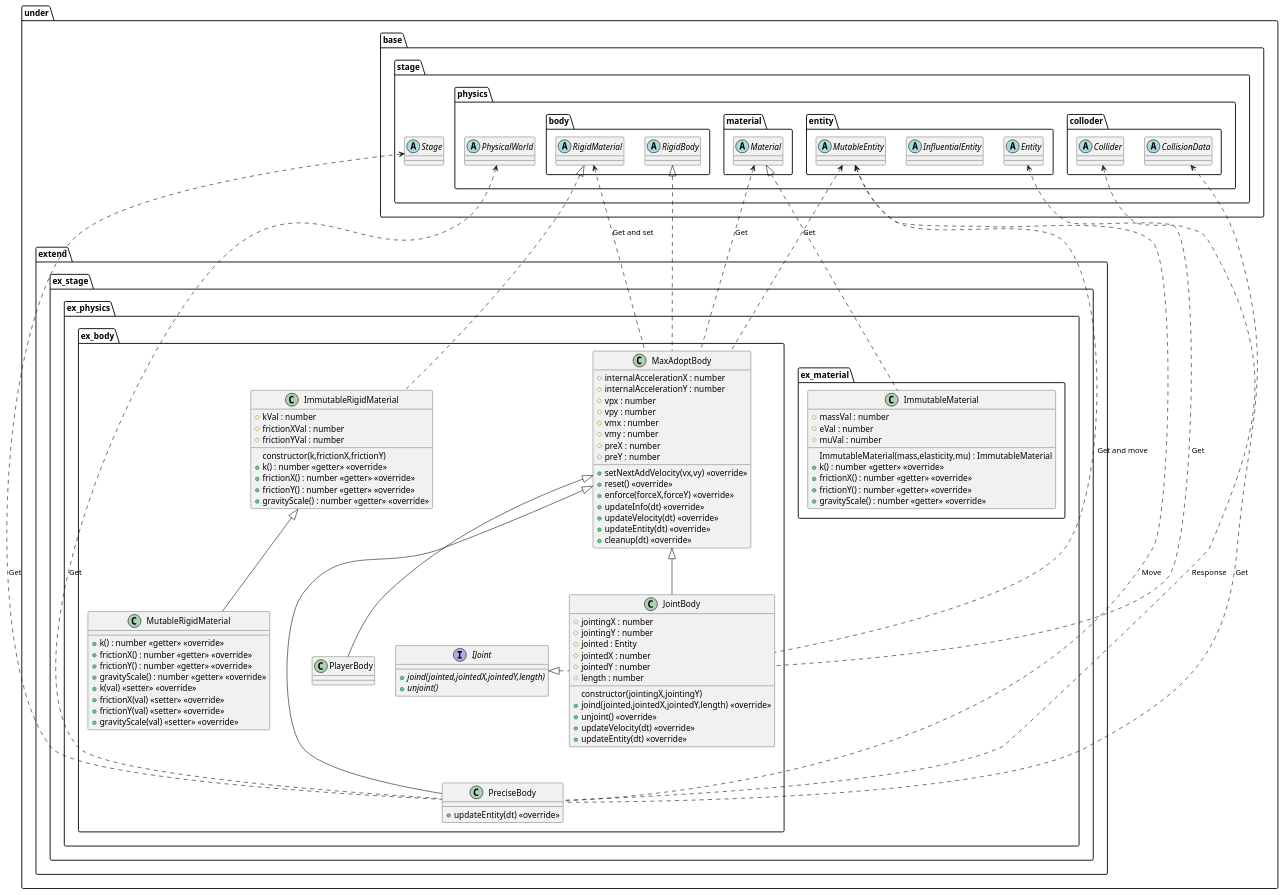
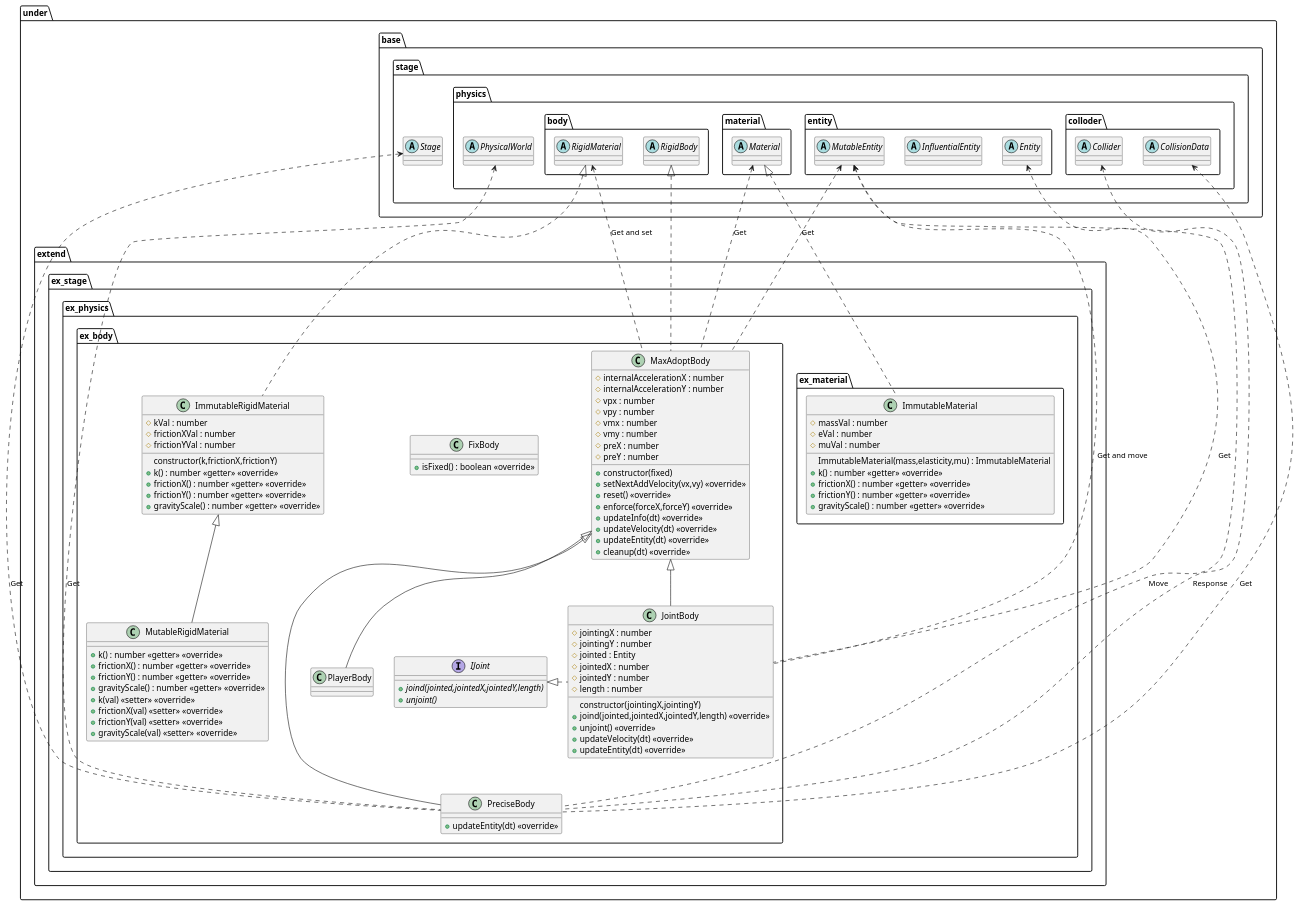
The diagram in uml/entity/physical/Extend.wsd (Expine/Under), drawn with PlantUML before and after one commit. The commit also changed 37 other files, not shown here.

```diff
--- a/uml/entity/physical/Extend.wsd
+++ b/uml/entity/physical/Extend.wsd
@@ -1,135 +1,139 @@
 @startuml PhysicalExtend
 
 package under {
     package extend {
         package ex_stage {
             package ex_physics {
                 package ex_body {
                     class MaxAdoptBody {
+                        +constructor(fixed)
                         #internalAccelerationX : number
                         #internalAccelerationY : number
                         #vpx : number
                         #vpy : number
                         #vmx : number
                         #vmy : number
                         #preX : number
                         #preY : number
                         +setNextAddVelocity(vx,vy) <<override>>
                         +reset() <<override>>
                         +enforce(forceX,forceY) <<override>>
                         +updateInfo(dt) <<override>>
                         +updateVelocity(dt) <<override>>
                         +updateEntity(dt) <<override>>
                         +cleanup(dt) <<override>>
                     }
                     class PreciseBody {
                         +updateEntity(dt) <<override>>
+                    }
+                    class FixBody {
+                        +isFixed() : boolean <<override>>
                     }
                     class PlayerBody
                     interface IJoint {
                         {abstract} +joind(jointed,jointedX,jointedY,length)
                         {abstract} +unjoint()
                     }
                     class JointBody {
                         constructor(jointingX,jointingY)
                         #jointingX : number
                         #jointingY : number
                         #jointed : Entity
                         #jointedX : number
                         #jointedY : number
                         #length : number
                         +joind(jointed,jointedX,jointedY,length) <<override>>
                         +unjoint() <<override>>
                         +updateVelocity(dt) <<override>>
                         +updateEntity(dt) <<override>>
                     }
                     class ImmutableRigidMaterial {
                         constructor(k,frictionX,frictionY)
                         #kVal : number
                         #frictionXVal : number
                         #frictionYVal : number
                         +k() : number <<getter>> <<override>>
                         +frictionX() : number <<getter>> <<override>>
                         +frictionY() : number <<getter>> <<override>>
                         +gravityScale() : number <<getter>> <<override>>
                     }
                     class MutableRigidMaterial {
                         +k() : number <<getter>> <<override>>
                         +frictionX() : number <<getter>> <<override>>
                         +frictionY() : number <<getter>> <<override>>
                         +gravityScale() : number <<getter>> <<override>>
                         +k(val) <<setter>> <<override>>
                         +frictionX(val) <<setter>> <<override>>
                         +frictionY(val) <<setter>> <<override>>
                         +gravityScale(val) <<setter>> <<override>>
                     }
                 }
 
                 package ex_material {
                     class ImmutableMaterial  {
                         ImmutableMaterial(mass,elasticity,mu) : ImmutableMaterial
                         #massVal : number
                         #eVal : number
                         #muVal : number
                         +k() : number <<getter>> <<override>>
                         +frictionX() : number <<getter>> <<override>>
                         +frictionY() : number <<getter>> <<override>>
                         +gravityScale() : number <<getter>> <<override>>
                     }
                 }
             }
         }
     }
 }
 
 package under {
     package base {
         package stage {
             abstract Stage
             package physics {
                 abstract PhysicalWorld
                 package entity {
                     abstract Entity
                     abstract InfluentialEntity
                     abstract MutableEntity
                 }
                 package colloder {
                     abstract Collider
                     abstract CollisionData
                 }
                 package body {
                     abstract RigidBody
                     abstract RigidMaterial
                 }
                 package material {
                     abstract Material
                 }
             }
         }
     }
 }
 
 MutableEntity <.. MaxAdoptBody : Get
 Material <.. MaxAdoptBody : Get
 RigidMaterial <.. MaxAdoptBody : Get and set
 
 MutableEntity <... PreciseBody : Move
 Stage <... PreciseBody : Get
 PhysicalWorld <... PreciseBody : Get
 CollisionData <... PreciseBody : Get
 Collider <... PreciseBody : Response
 
 MutableEntity <.. JointBody : Get and move
 Entity <.. JointBody : Get
 
 RigidBody <|.. MaxAdoptBody
 MaxAdoptBody <|--- PreciseBody
 MaxAdoptBody <|-- PlayerBody
 IJoint <|. JointBody
 MaxAdoptBody <|-- JointBody
 RigidMaterial <|.. ImmutableRigidMaterial
 ImmutableRigidMaterial <|-- MutableRigidMaterial
 
 Material <|.. ImmutableMaterial
 
 @enduml
```
